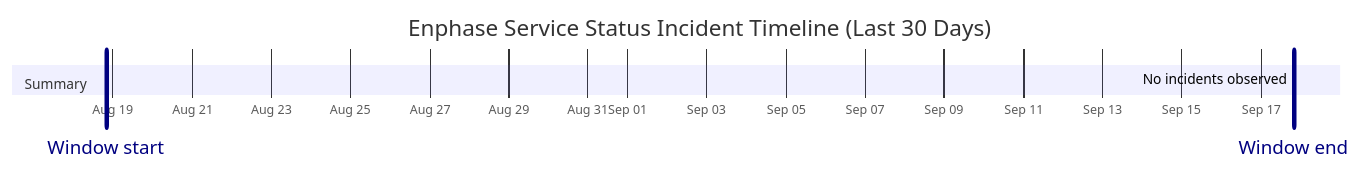
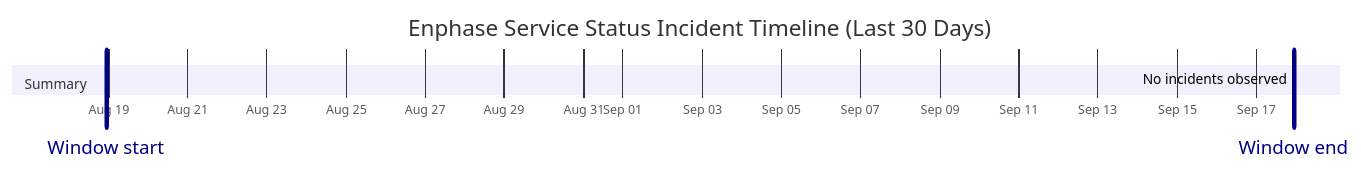
The diagram in wiki/Service-Status-History.md (barneyonline/ha-enphase-energy), drawn with Mermaid before and after one commit. The commit also changed other lines of this file and 3 other files, not shown here.

````diff
--- a/wiki/Service-Status-History.md
+++ b/wiki/Service-Status-History.md
@@ -14,10 +14,10 @@
 ```mermaid
 gantt
     title Enphase Service Status Incident Timeline (Last 30 Days)
     dateFormat  YYYY-MM-DDTHH:mm:ss
     axisFormat  %b %d
-    Window start :vert, window-start, 2026-08-18T19:59:32, 0ms
-    Window end :vert, window-end, 2026-09-17T19:59:32, 0ms
+    Window start :vert, window-start, 2026-08-18T22:47:53, 0ms
+    Window end :vert, window-end, 2026-09-17T22:47:53, 0ms
     section Summary
-    No incidents observed :done, 2026-09-17T19:59:32, 1m
+    No incidents observed :done, 2026-09-17T22:47:53, 1m
 ```
````
